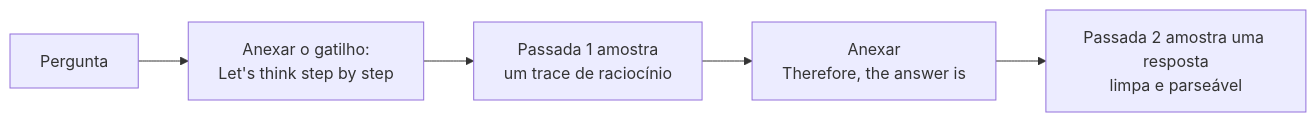
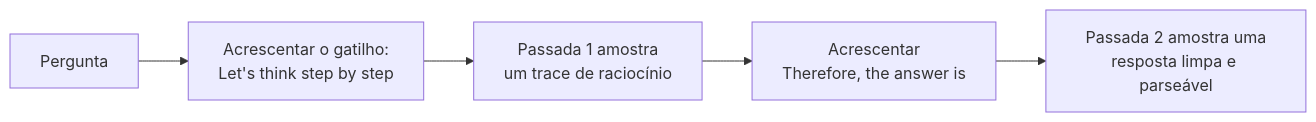
Before and after one commit to andrevberaldo/AI-Engineer-Interview-Questions: the third of 26 diagrams in 03-prompt-engineering-and-context/questions.pt-BR.md, drawn with Mermaid. The commit also changed other lines of this file and 1 other file, not shown here.

````diff
--- a/03-prompt-engineering-and-context/questions.pt-BR.md
+++ b/03-prompt-engineering-and-context/questions.pt-BR.md
@@ -125,7 +125,7 @@
 ```mermaid
 flowchart LR
-    A["Pergunta"] --> B["Anexar o gatilho:<br/>Let's think step by step"]
+    A["Pergunta"] --> B["Acrescentar o gatilho:<br/>Let's think step by step"]
     B --> C["Passada 1 amostra<br/>um trace de raciocínio"]
-    C --> D["Anexar<br/>Therefore, the answer is"]
-    D --> E["Passada 2 amostra uma resposta<br/>limpa e parseável"]
+    C --> D["Acrescentar<br/>Therefore, the answer is"]
+    D --> E["Passada 2 amostra uma<br/>resposta limpa e parseável"]
 ```
````
